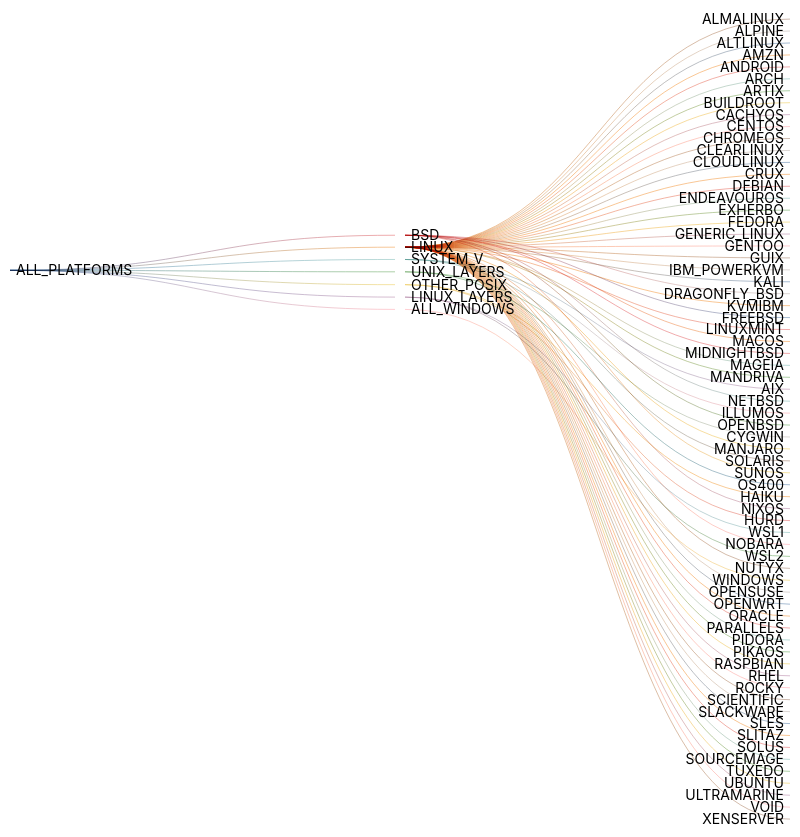
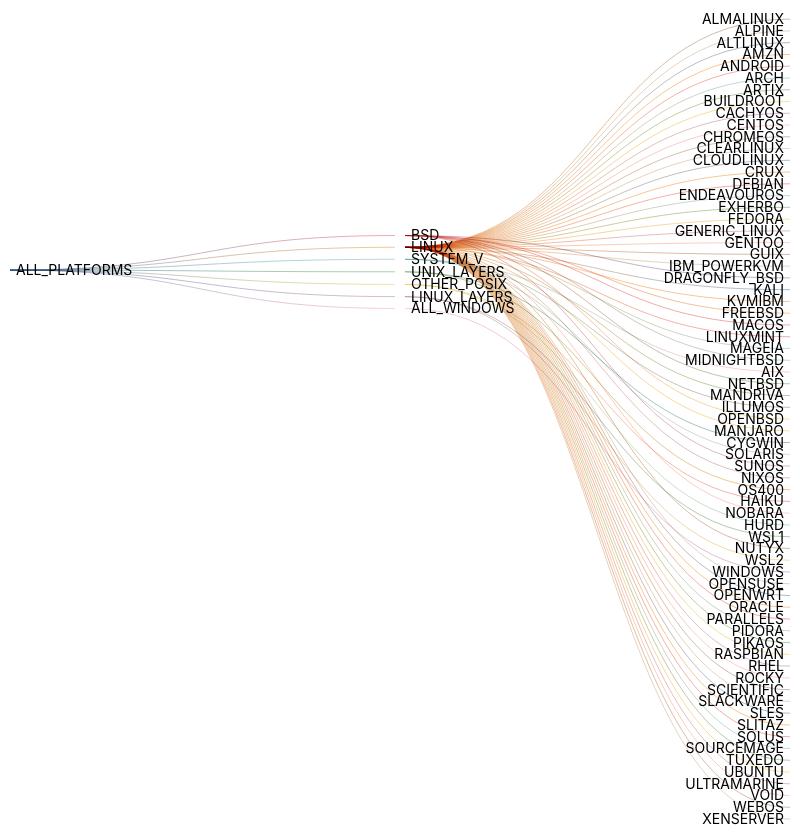
One commit to kdeldycke/extra-platforms changed the first of 2 diagrams in docs/platforms.md. Above: the diagram before and after it, drawn with Mermaid (neutral theme). The commit also changed other lines of this file and 13 other files, not shown here.

```diff
--- a/docs/platforms.md
+++ b/docs/platforms.md
@@ -208,7 +209,7 @@
 ---
 sankey-beta
 
-ALL_PLATFORMS,LINUX,51
+ALL_PLATFORMS,LINUX,52
 ALL_PLATFORMS,BSD,7
 ALL_PLATFORMS,SYSTEM_V,3
 ALL_PLATFORMS,UNIX_LAYERS,2
@@ -265,6 +266,7 @@
 LINUX,UBUNTU,1
 LINUX,ULTRAMARINE,1
 LINUX,VOID,1
+LINUX,WEBOS,1
 LINUX,XENSERVER,1
 BSD,DRAGONFLY_BSD,1
 BSD,FREEBSD,1
```
